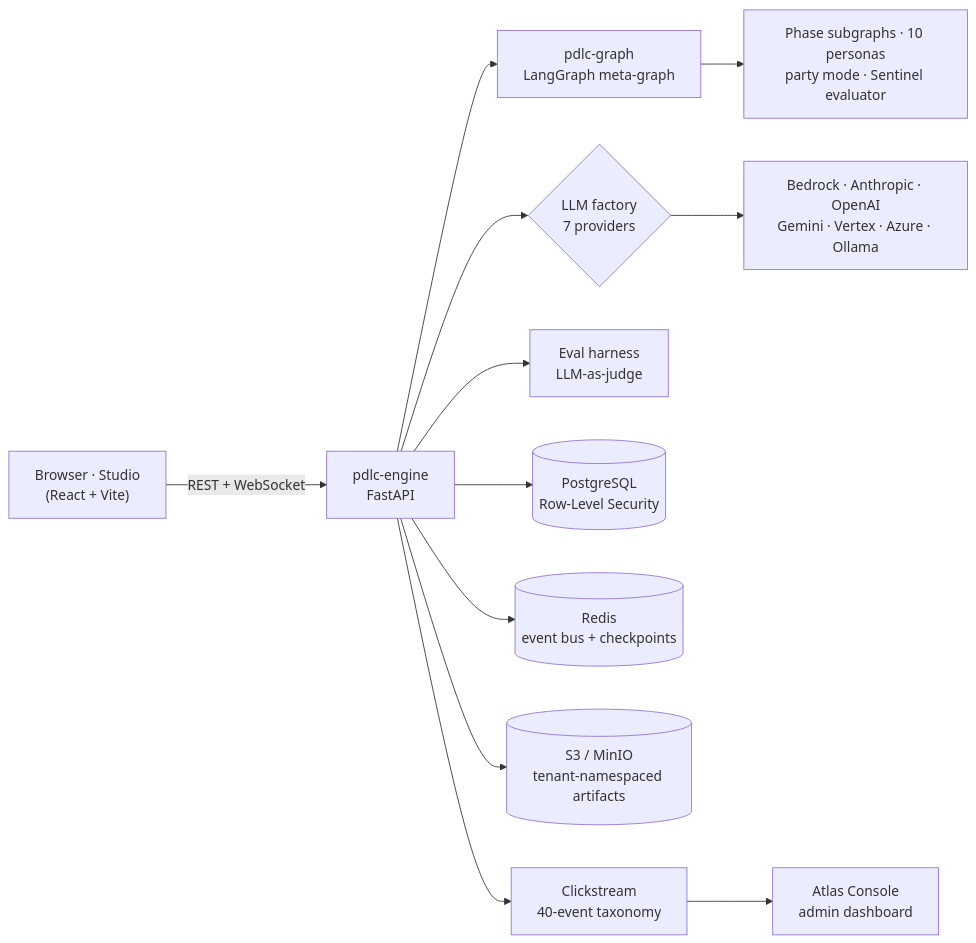
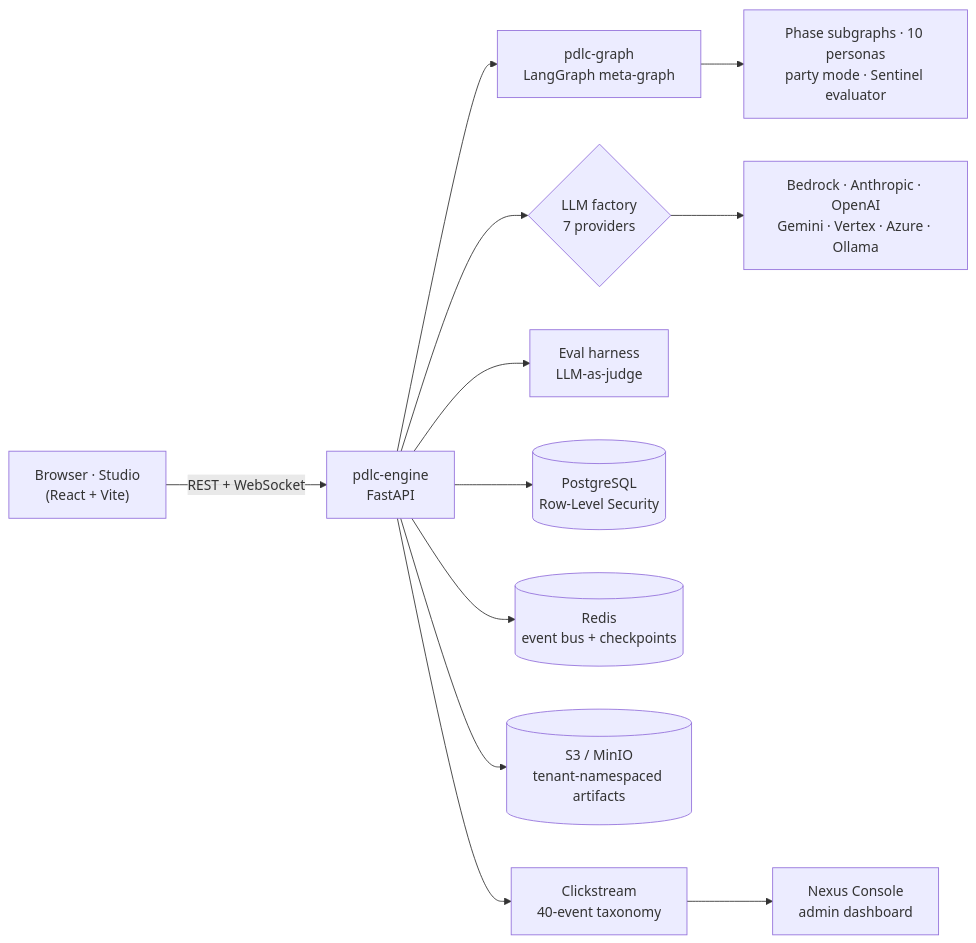
One commit to pdlc-os/pdlcflow changed the diagram in README.md. Above: the diagram before and after it, drawn with Mermaid. The commit also changed 24 other files, not shown here.

First line of the commit message:
docs+ui: rename 'Atlas Console' → 'Nexus Console' (avoid clash with Atlas the agent)

````diff
--- a/README.md
+++ b/README.md
@@ -105,13 +105,13 @@
 ```mermaid
 flowchart LR
   U["Browser · Studio<br/>(React + Vite)"] -->|REST + WebSocket| API["pdlc-engine<br/>FastAPI"]
   API --> G["pdlc-graph<br/>LangGraph meta-graph"]
   G --> P["Phase subgraphs · 10 personas<br/>party mode · Sentinel evaluator"]
   API --> LLM{"LLM factory<br/>7 providers"}
   LLM --> PROV["Bedrock · Anthropic · OpenAI<br/>Gemini · Vertex · Azure · Ollama"]
   API --> EV["Eval harness<br/>LLM-as-judge"]
   API --> PG[("PostgreSQL<br/>Row-Level Security")]
   API --> RD[("Redis<br/>event bus + checkpoints")]
   API --> OBJ[("S3 / MinIO<br/>tenant-namespaced artifacts")]
-  API --> CS["Clickstream<br/>40-event taxonomy"] --> AD["Atlas Console<br/>admin dashboard"]
+  API --> CS["Clickstream<br/>40-event taxonomy"] --> AD["Nexus Console<br/>admin dashboard"]
 ```
````
